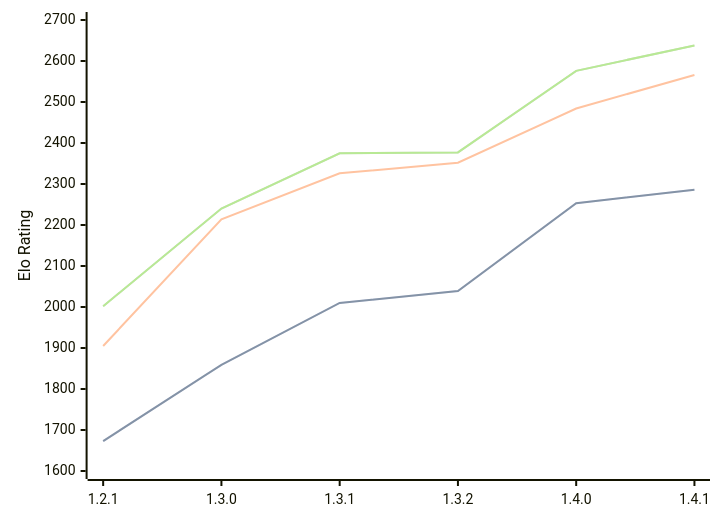
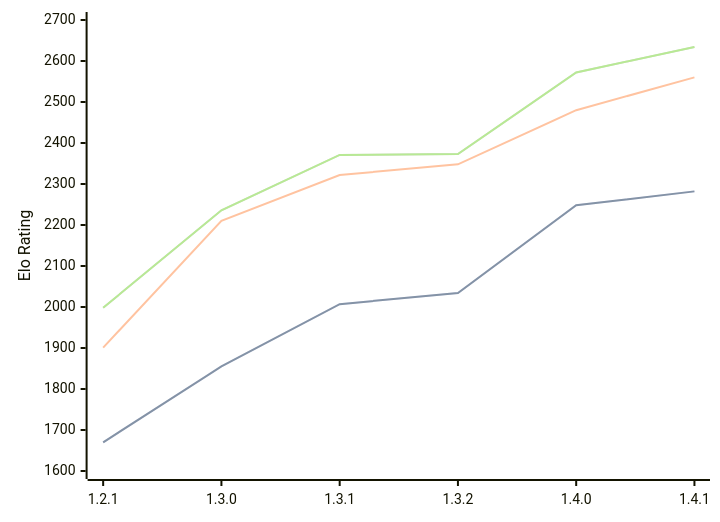
Before and after one commit to computer-chess-index/cci: the third of 3 diagrams in engines/Chal.md, drawn with Mermaid. The commit also changed other lines of this file, not shown here.

Commit message:
Update CCI Ratings (ELO VLTC) - 2026-07-16

````diff
--- a/engines/Chal.md
+++ b/engines/Chal.md
@@ -72,11 +72,11 @@
 ```mermaid
 %%{init: {"theme":"base","themeVariables":{"seriesColors:['#a3a3a3','#222221','#faa371']}}}%%
 xychart-beta
   x-axis ["1.2.1", "1.3.0", "1.3.1", "1.3.2", "1.4.0", "1.4.1"]
   y-axis "Elo Rating" 1600 --> 2700
-  line "STC (8.0+0.08s)" [1673, 1859, 2010, 2039, 2253, 2286]
-  line "STC (8.0+0.08s)" [1673, 1859, 2010, 2039, 2253, 2286]
-  line "LTC (60.0+0.60s)" [1905, 2214, 2326, 2352, 2484, 2566]
-  line "VLTC (2m24s+1.12s)" [2002, 2240, 2375, 2377, 2576, 2638]
-  line "VLTC (2m24s+1.12s)" [2002, 2240, 2375, 2377, 2576, 2638]
+  line "STC (8.0+0.08s)" [1670, 1855, 2007, 2034, 2248, 2282]
+  line "STC (8.0+0.08s)" [1670, 1855, 2007, 2034, 2248, 2282]
+  line "LTC (60.0+0.60s)" [1901, 2210, 2322, 2348, 2480, 2560]
+  line "VLTC (2m24s+1.12s)" [1998, 2236, 2371, 2373, 2572, 2634]
+  line "VLTC (2m24s+1.12s)" [1998, 2236, 2371, 2373, 2572, 2634]
 ```
````
